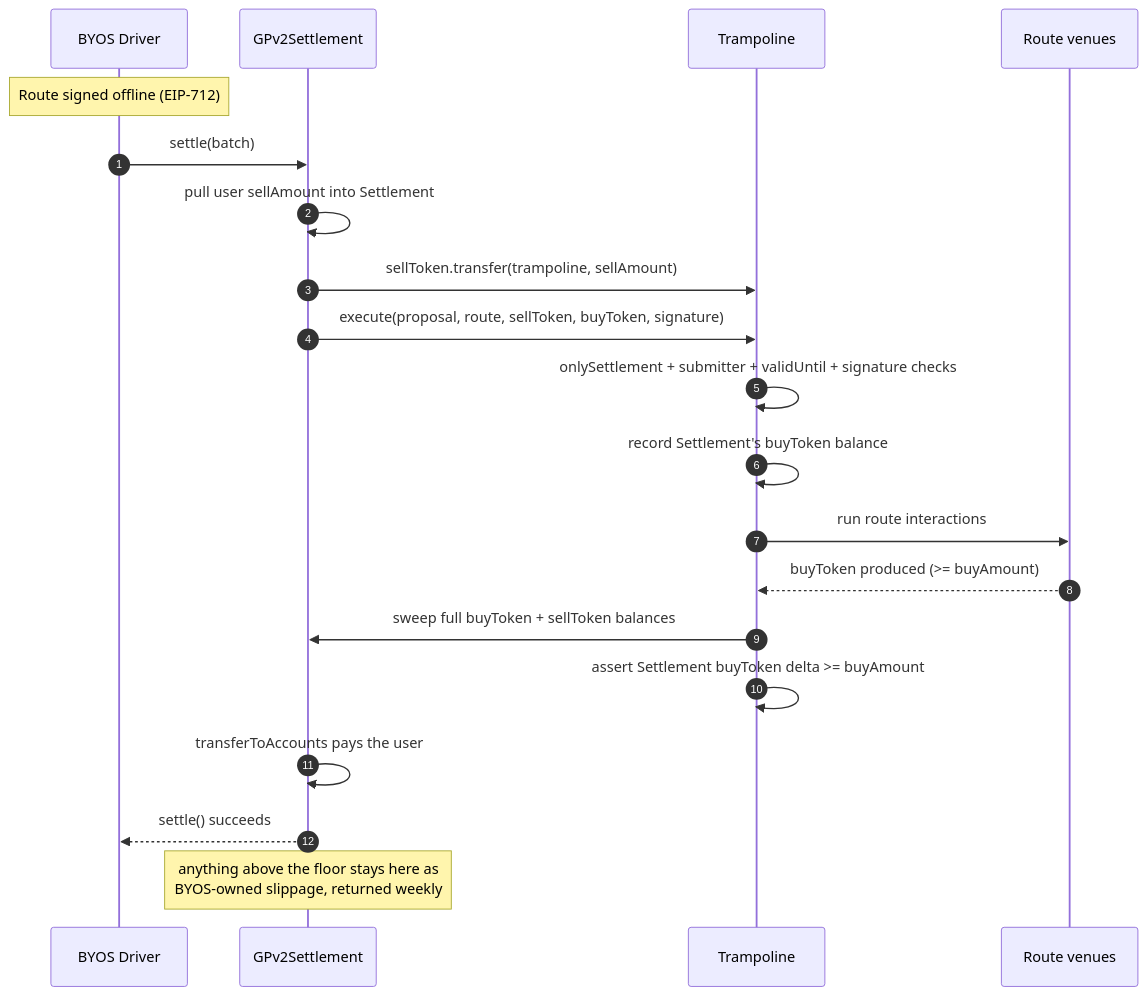
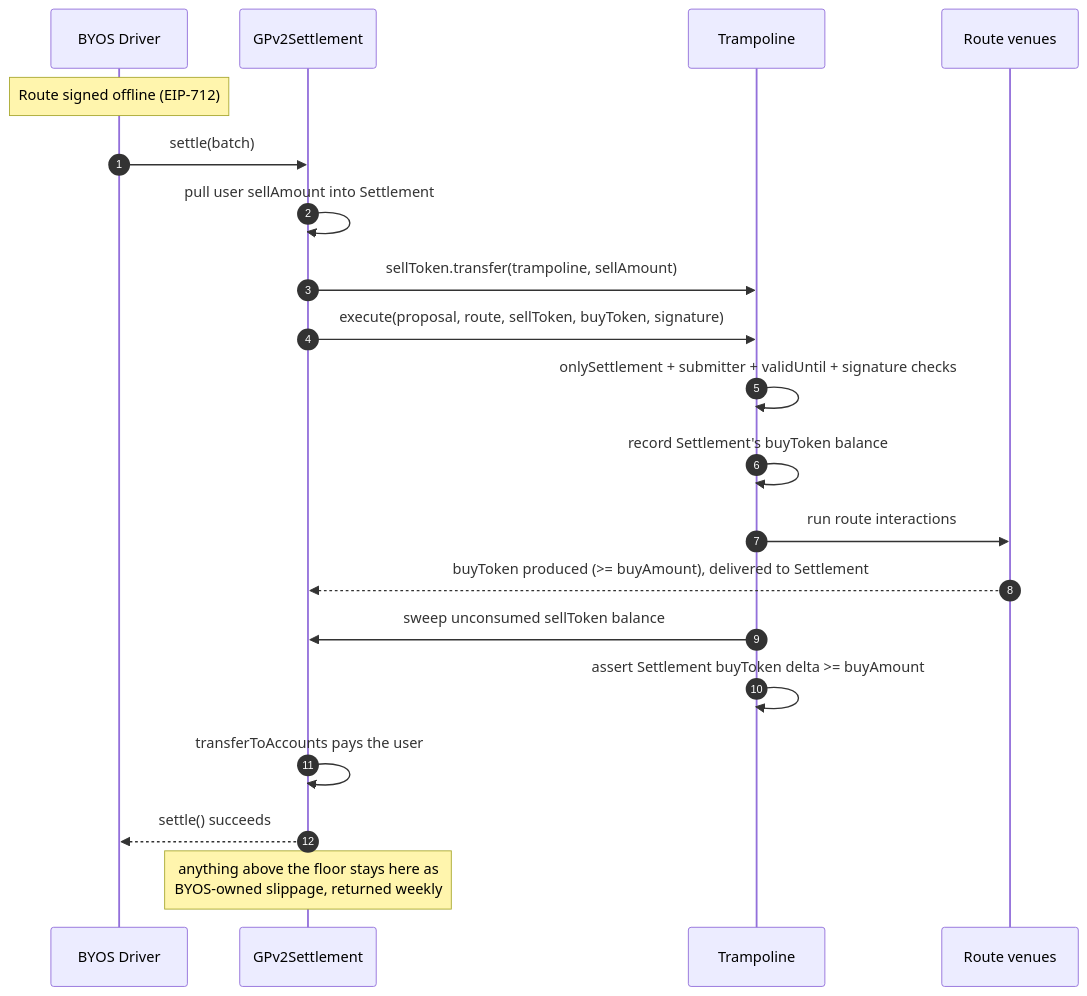
Before and after one commit to bleu/byos-contracts: the first of 3 diagrams in docs/order-flow.md, drawn with Mermaid. The commit also changed other lines of this file and 13 other files, not shown here.

````diff
--- a/docs/order-flow.md
+++ b/docs/order-flow.md
@@ -40,23 +41,23 @@
 ```mermaid
 sequenceDiagram
     autonumber
     participant D as BYOS Driver
     participant S as GPv2Settlement
     participant T as Trampoline
     participant R as Route venues
 
     Note over D: Route signed offline (EIP-712)
     D->>S: settle(batch)
     S->>S: pull user sellAmount into Settlement
     S->>T: sellToken.transfer(trampoline, sellAmount)
     S->>T: execute(proposal, route, sellToken, buyToken, signature)
     T->>T: onlySettlement + submitter + validUntil + signature checks
     T->>T: record Settlement's buyToken balance
     T->>R: run route interactions
-    R-->>T: buyToken produced (>= buyAmount)
-    T->>S: sweep full buyToken + sellToken balances
+    R-->>S: buyToken produced (>= buyAmount), delivered to Settlement
+    T->>S: sweep unconsumed sellToken balance
     T->>T: assert Settlement buyToken delta >= buyAmount
     S->>S: transferToAccounts pays the user
     S-->>D: settle() succeeds
     Note over S: anything above the floor stays here as<br/>BYOS-owned slippage, returned weekly
 ```
````
